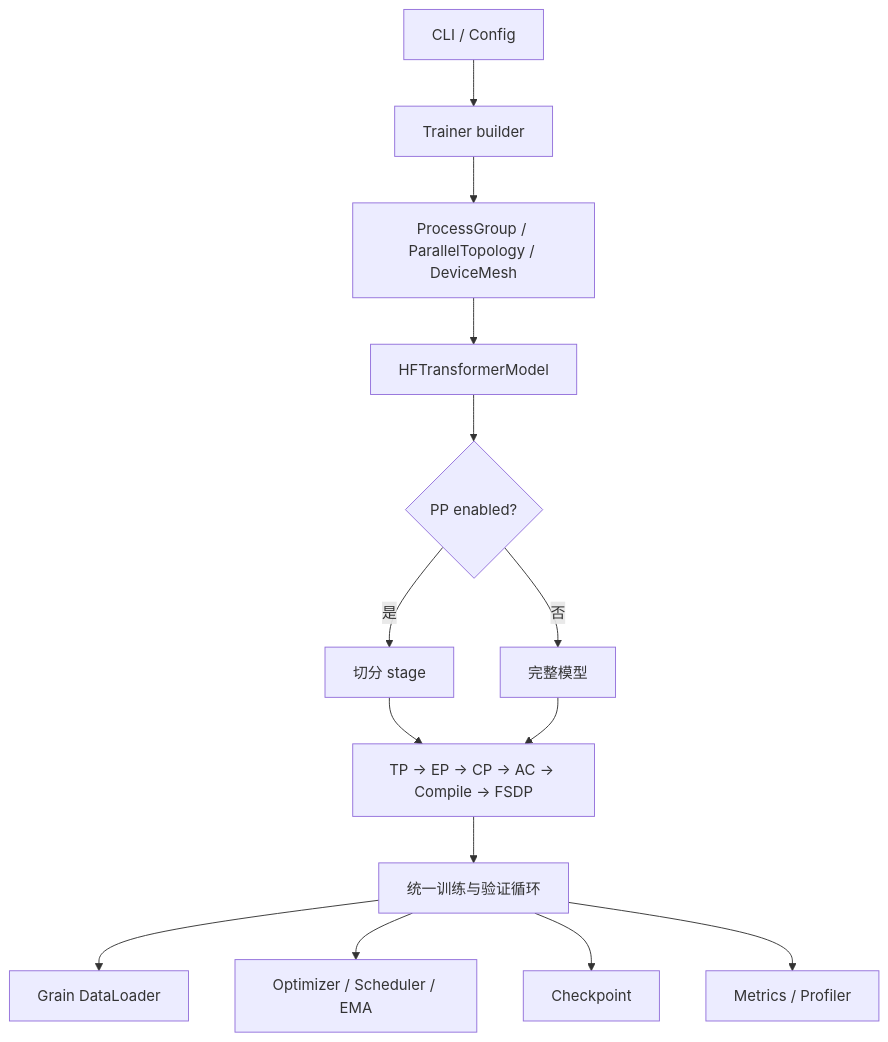
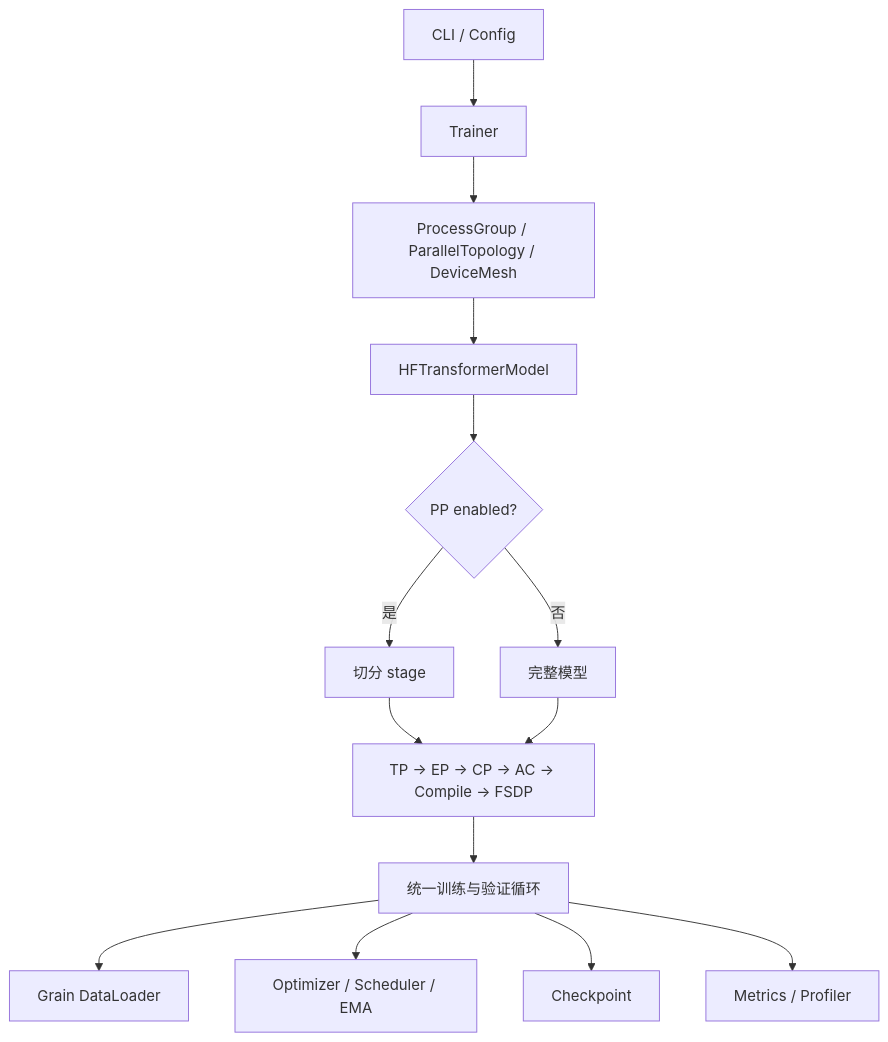
Before and after one commit to jianzhnie/TorchLLMTuner: the second of 2 diagrams in docs/fsdpturbo_comparison.md, drawn with Mermaid. The commit also changed other lines of this file and 8 other files, not shown here.

````diff
--- a/docs/fsdpturbo_comparison.md
+++ b/docs/fsdpturbo_comparison.md
@@ -102,16 +103,16 @@
 ```mermaid
 flowchart TD
-    CLI[CLI / Config] --> TRAINER[Trainer builder]
+    CLI[CLI / Config] --> TRAINER[Trainer]
     TRAINER --> DIST[ProcessGroup / ParallelTopology / DeviceMesh]
     DIST --> HF[HFTransformerModel]
     HF --> PP{PP enabled?}
     PP -->|是| SPLIT[切分 stage]
     PP -->|否| MODEL[完整模型]
     SPLIT --> STAGES[TP → EP → CP → AC → Compile → FSDP]
     MODEL --> STAGES
     STAGES --> LOOP[统一训练与验证循环]
     LOOP --> DATA[Grain DataLoader]
     LOOP --> OPT[Optimizer / Scheduler / EMA]
     LOOP --> CKPT[Checkpoint]
     LOOP --> METRICS[Metrics / Profiler]
 ```
````
